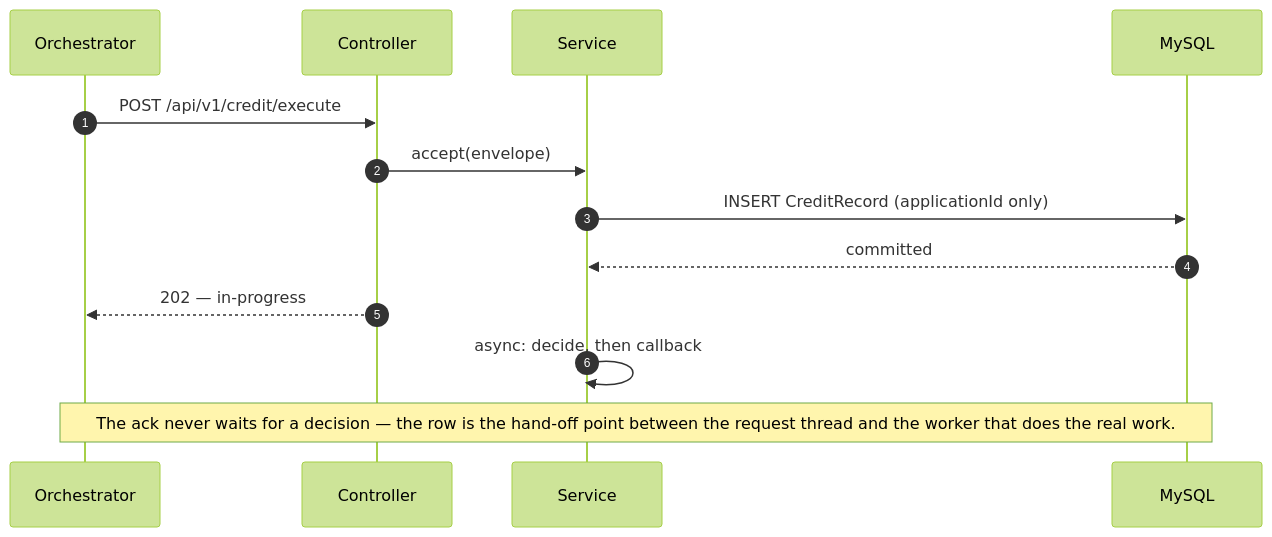
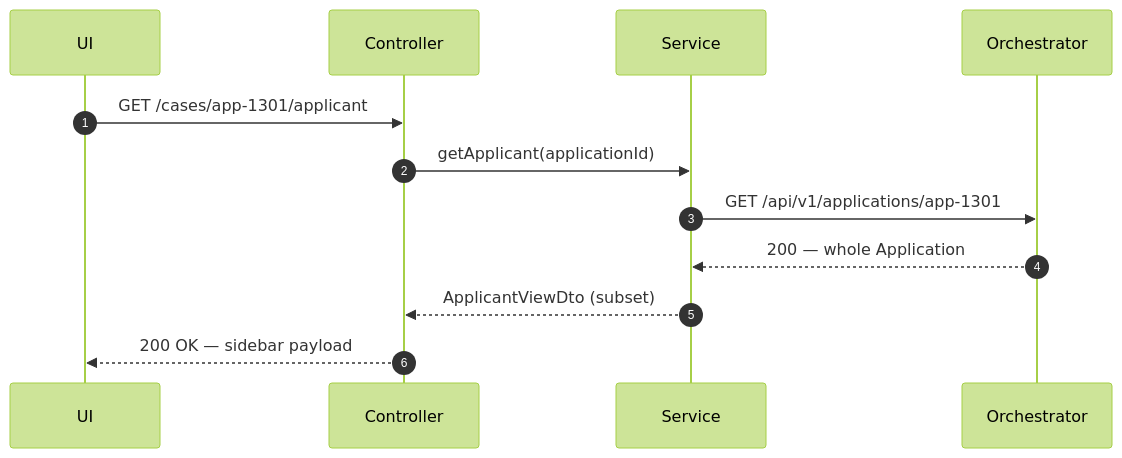
One commit to Neueda-Learning/neo-05 changed the first of 3 diagrams in task00.md. Above: the diagram before and after it, drawn with Mermaid (forest theme). The commit also changed other lines of this file and 3 other files, not shown here.

````diff
--- a/task00.md
+++ b/task00.md
@@ -84,15 +49,14 @@
 ```mermaid
 sequenceDiagram
     autonumber
-    participant Orchestrator
+    participant UI
     participant Controller
     participant Service
-    participant MySQL
-    Orchestrator->>Controller: POST /api/v1/credit/execute
-    Controller->>Service: accept(envelope)
-    Service->>MySQL: INSERT CreditRecord (applicationId only)
-    MySQL-->>Service: committed
-    Controller-->>Orchestrator: 202 — in-progress
-    Service->>Service: async: decide, then callback
-    Note over Orchestrator,MySQL: The ack never waits for a decision — the row is the hand-off point between the request thread and the worker that does the real work.
+    participant Orchestrator
+    UI->>Controller: GET /cases/app-1301/applicant
+    Controller->>Service: getApplicant(applicationId)
+    Service->>Orchestrator: GET /api/v1/applications/app-1301
+    Orchestrator-->>Service: 200 — whole Application
+    Service-->>Controller: ApplicantViewDto (subset)
+    Controller-->>UI: 200 OK — sidebar payload
 ```
````
